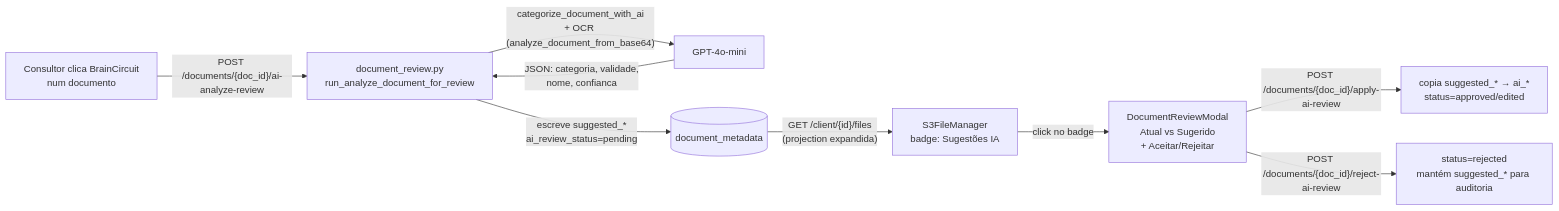
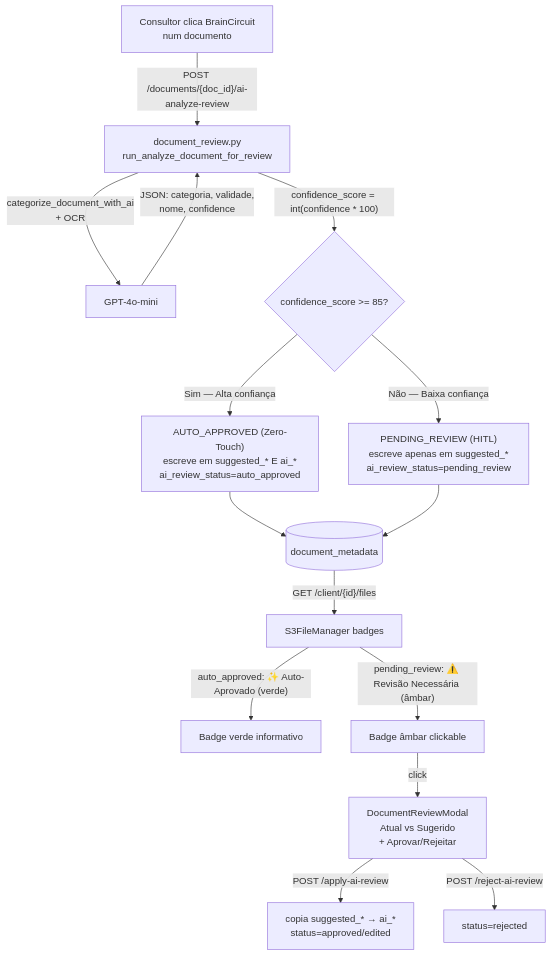
Diagram 22 of 22 in ARCHITECTURE.md (PowerPrecision/PowerCell), drawn with Mermaid before and after one commit. The commit also changed other lines of this file and 4 other files, not shown here.

````diff
--- a/ARCHITECTURE.md
+++ b/ARCHITECTURE.md
@@ -1484,11 +1484,17 @@
 ```mermaid
-flowchart LR
+flowchart TD
     Trigger["Consultor clica BrainCircuit<br/>num documento"] -->|"POST /documents/{doc_id}/ai-analyze-review"| Backend["document_review.py<br/>run_analyze_document_for_review"]
-    Backend -->|"categorize_document_with_ai<br/>+ OCR (analyze_document_from_base64)"| LLM["GPT-4o-mini"]
-    LLM -->|"JSON: categoria, validade,<br/>nome, confianca"| Backend
-    Backend -->|"escreve suggested_*<br/>ai_review_status=pending"| DB[(document_metadata)]
-    DB -->|"GET /client/{id}/files<br/>(projection expandida)"| Frontend["S3FileManager<br/>badge: Sugestões IA"]
-    Frontend -->|"click no badge"| Modal["DocumentReviewModal<br/>Atual vs Sugerido<br/>+ Aceitar/Rejeitar"]
-    Modal -->|"POST /documents/{doc_id}/apply-ai-review"| Apply["copia suggested_* → ai_*<br/>status=approved/edited"]
-    Modal -->|"POST /documents/{doc_id}/reject-ai-review"| Reject["status=rejected<br/>mantém suggested_* para auditoria"]
+    Backend -->|"categorize_document_with_ai<br/>+ OCR"| LLM["GPT-4o-mini"]
+    LLM -->|"JSON: categoria, validade,<br/>nome, confidence"| Backend
+    Backend -->|"confidence_score = int(confidence * 100)"| Check{"confidence_score >= 85?"}
+    Check -->|"Sim — Alta confiança"| Auto["AUTO_APPROVED (Zero-Touch)<br/>escreve em suggested_* E ai_*<br/>ai_review_status=auto_approved"]
+    Check -->|"Não — Baixa confiança"| Pending["PENDING_REVIEW (HITL)<br/>escreve apenas em suggested_*<br/>ai_review_status=pending_review"]
+    Auto --> DB[(document_metadata)]
+    Pending --> DB
+    DB -->|"GET /client/{id}/files"| Frontend["S3FileManager badges"]
+    Frontend -->|"auto_approved: ✨ Auto-Aprovado (verde)"| AutoBadge["Badge verde informativo"]
+    Frontend -->|"pending_review: ⚠️ Revisão Necessária (âmbar)"| ReviewBadge["Badge âmbar clickable"]
+    ReviewBadge -->|"click"| Modal["DocumentReviewModal<br/>Atual vs Sugerido<br/>+ Aprovar/Rejeitar"]
+    Modal -->|"POST /apply-ai-review"| Apply["copia suggested_* → ai_*<br/>status=approved/edited"]
+    Modal -->|"POST /reject-ai-review"| Reject["status=rejected"]
 ```
````
